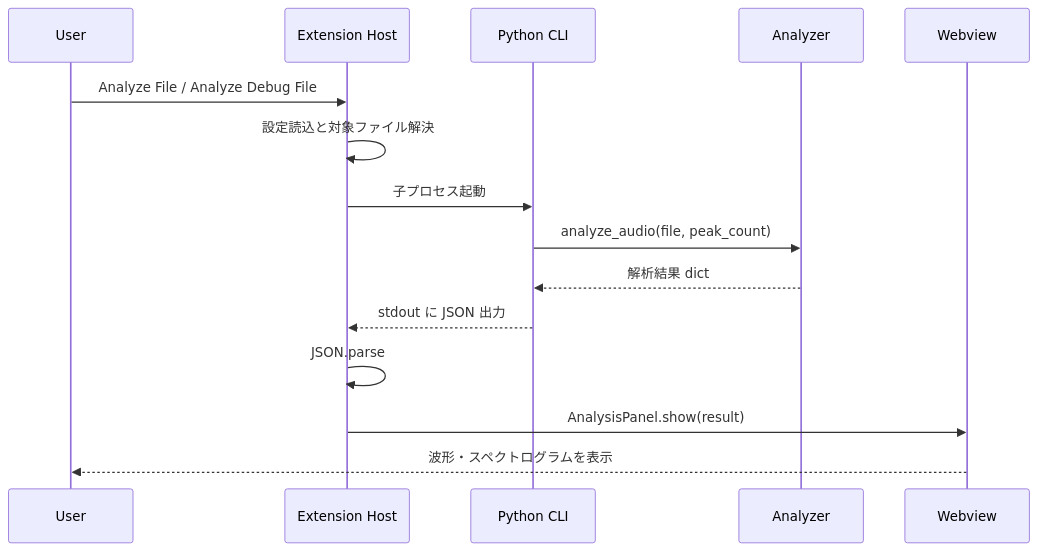
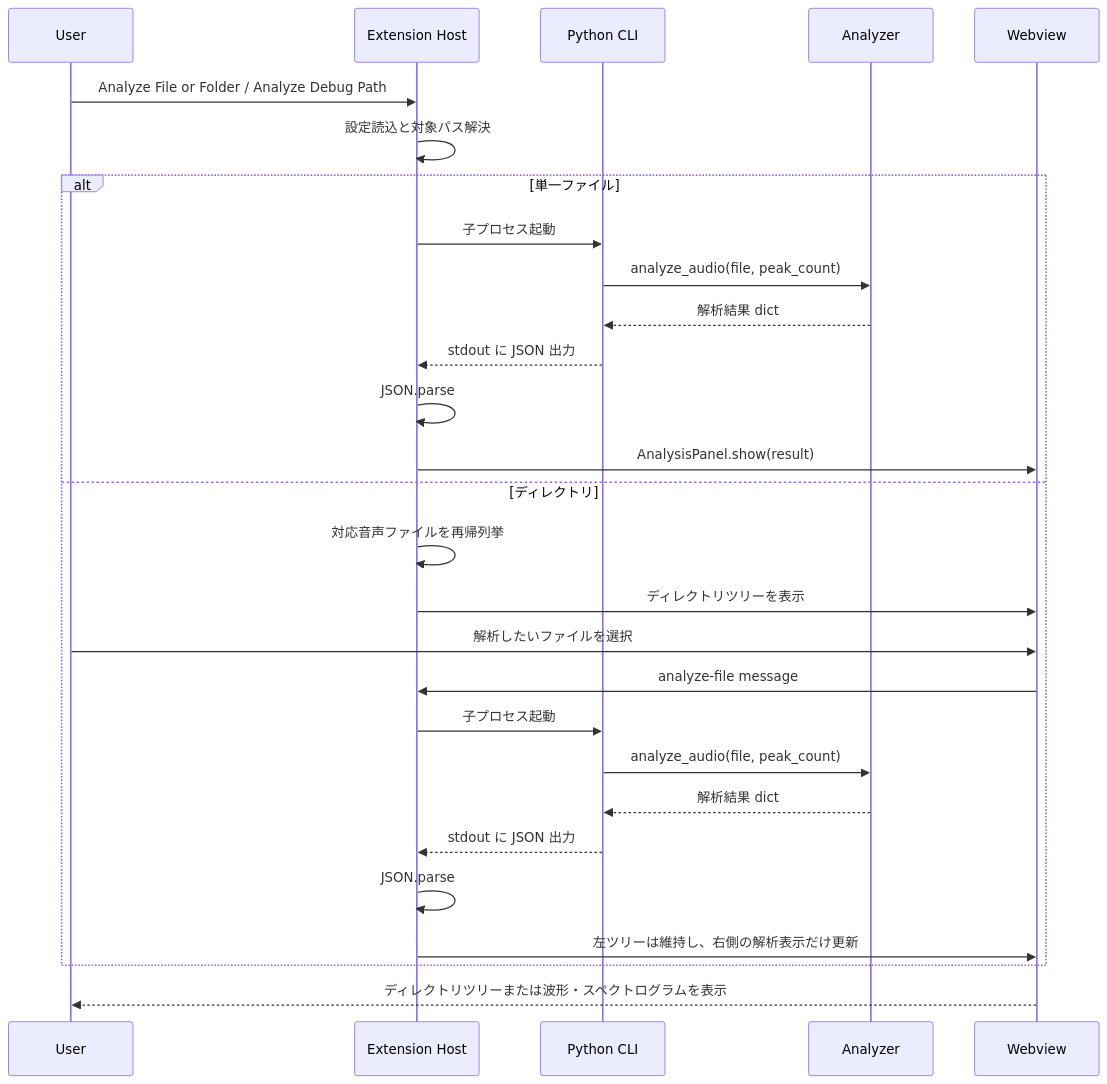
Before and after one commit to kasahart/audio-wandas-analyzer: the second of 2 diagrams in docs/architecture.md, drawn with Mermaid. The commit also changed other lines of this file and 7 other files, not shown here.

Commit message:
Support directory-based audio browsing and analysis

````diff
--- a/docs/architecture.md
+++ b/docs/architecture.md
@@ -100,18 +103,31 @@
 ```mermaid
 sequenceDiagram
     participant U as User
     participant E as Extension Host
     participant P as Python CLI
     participant A as Analyzer
     participant W as Webview
 
-    U->>E: Analyze File / Analyze Debug File
-    E->>E: 設定読込と対象ファイル解決
-    E->>P: 子プロセス起動
-    P->>A: analyze_audio(file, peak_count)
-    A-->>P: 解析結果 dict
-    P-->>E: stdout に JSON 出力
-    E->>E: JSON.parse
-    E->>W: AnalysisPanel.show(result)
-    W-->>U: 波形・スペクトログラムを表示
+    U->>E: Analyze File or Folder / Analyze Debug Path
+    E->>E: 設定読込と対象パス解決
+    alt 単一ファイル
+      E->>P: 子プロセス起動
+      P->>A: analyze_audio(file, peak_count)
+      A-->>P: 解析結果 dict
+      P-->>E: stdout に JSON 出力
+      E->>E: JSON.parse
+      E->>W: AnalysisPanel.show(result)
+    else ディレクトリ
+      E->>E: 対応音声ファイルを再帰列挙
+      E->>W: ディレクトリツリーを表示
+      U->>W: 解析したいファイルを選択
+      W->>E: analyze-file message
+      E->>P: 子プロセス起動
+      P->>A: analyze_audio(file, peak_count)
+      A-->>P: 解析結果 dict
+      P-->>E: stdout に JSON 出力
+      E->>E: JSON.parse
+      E->>W: 左ツリーは維持し、右側の解析表示だけ更新
+    end
+    W-->>U: ディレクトリツリーまたは波形・スペクトログラムを表示
 ```
````
